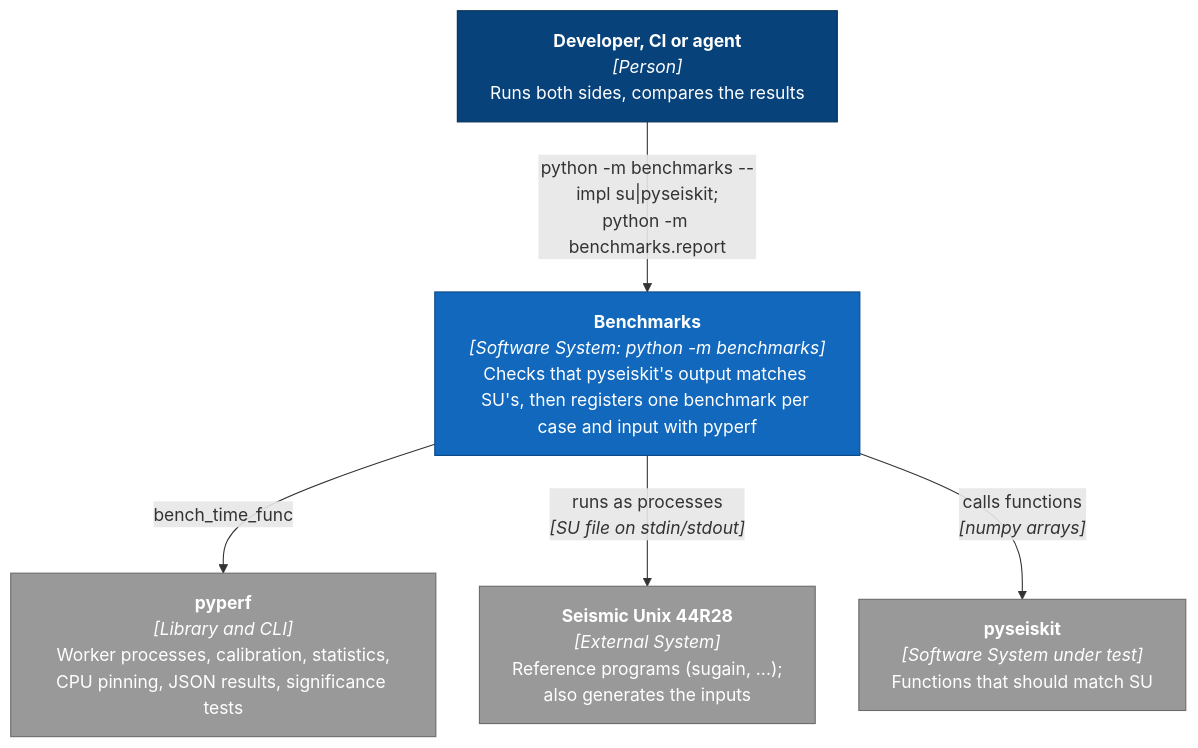
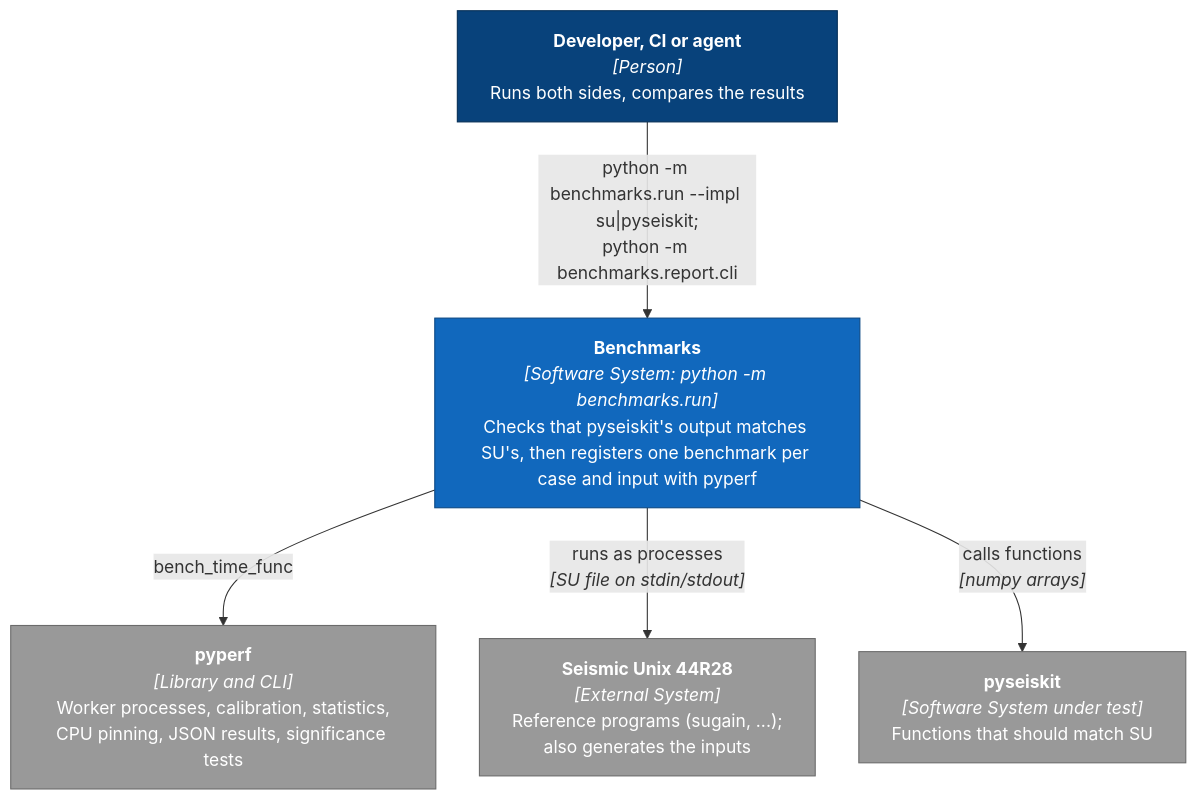
Before and after one commit to PETROGEO-UFRN/pyseiskit: the diagram in docs/diagrams/benchmarks/1-context.mmd, drawn with Mermaid. The commit also changed 16 other files, not shown here.

```diff
--- a/docs/diagrams/benchmarks/1-context.mmd
+++ b/docs/diagrams/benchmarks/1-context.mmd
@@ -1,22 +1,22 @@
 %% C4 level 1, System Context: who uses the benchmarks and what they depend on.
 %%{init: {"flowchart": {"wrappingWidth": 330, "nodeSpacing": 40, "rankSpacing": 60}}}%%
 flowchart TB
     dev["<b>Developer, CI or agent</b><br/><i>[Person]</i><br/>Runs both sides, compares the results"]
 
-    suite["<b>Benchmarks</b><br/><i>[Software System: python -m benchmarks]</i><br/>Checks that pyseiskit's output matches SU's, then registers one benchmark per case and input with pyperf"]
+    suite["<b>Benchmarks</b><br/><i>[Software System: python -m benchmarks.run]</i><br/>Checks that pyseiskit's output matches SU's, then registers one benchmark per case and input with pyperf"]
 
     pyperf["<b>pyperf</b><br/><i>[Library and CLI]</i><br/>Worker processes, calibration, statistics,<br/>CPU pinning, JSON results, significance tests"]
     su["<b>Seismic Unix 44R28</b><br/><i>[External System]</i><br/>Reference programs (sugain, ...);<br/>also generates the inputs"]
     lib["<b>pyseiskit</b><br/><i>[Software System under test]</i><br/>Functions that should match SU"]
 
-    dev -- "python -m benchmarks --impl su|pyseiskit;<br/>python -m benchmarks.report" --> suite
+    dev -- "python -m benchmarks.run --impl su|pyseiskit;<br/>python -m benchmarks.report.cli" --> suite
     suite -- "bench_time_func" --> pyperf
     suite -- "runs as processes<br/><i>[SU file on stdin/stdout]</i>" --> su
     suite -- "calls functions<br/><i>[numpy arrays]</i>" --> lib
 
     classDef person fill:#08427b,stroke:#052e56,color:#fff
     classDef system fill:#1168bd,stroke:#0b4884,color:#fff
     classDef external fill:#999999,stroke:#6b6b6b,color:#fff
     class dev person
     class suite system
     class pyperf,su,lib external
```
